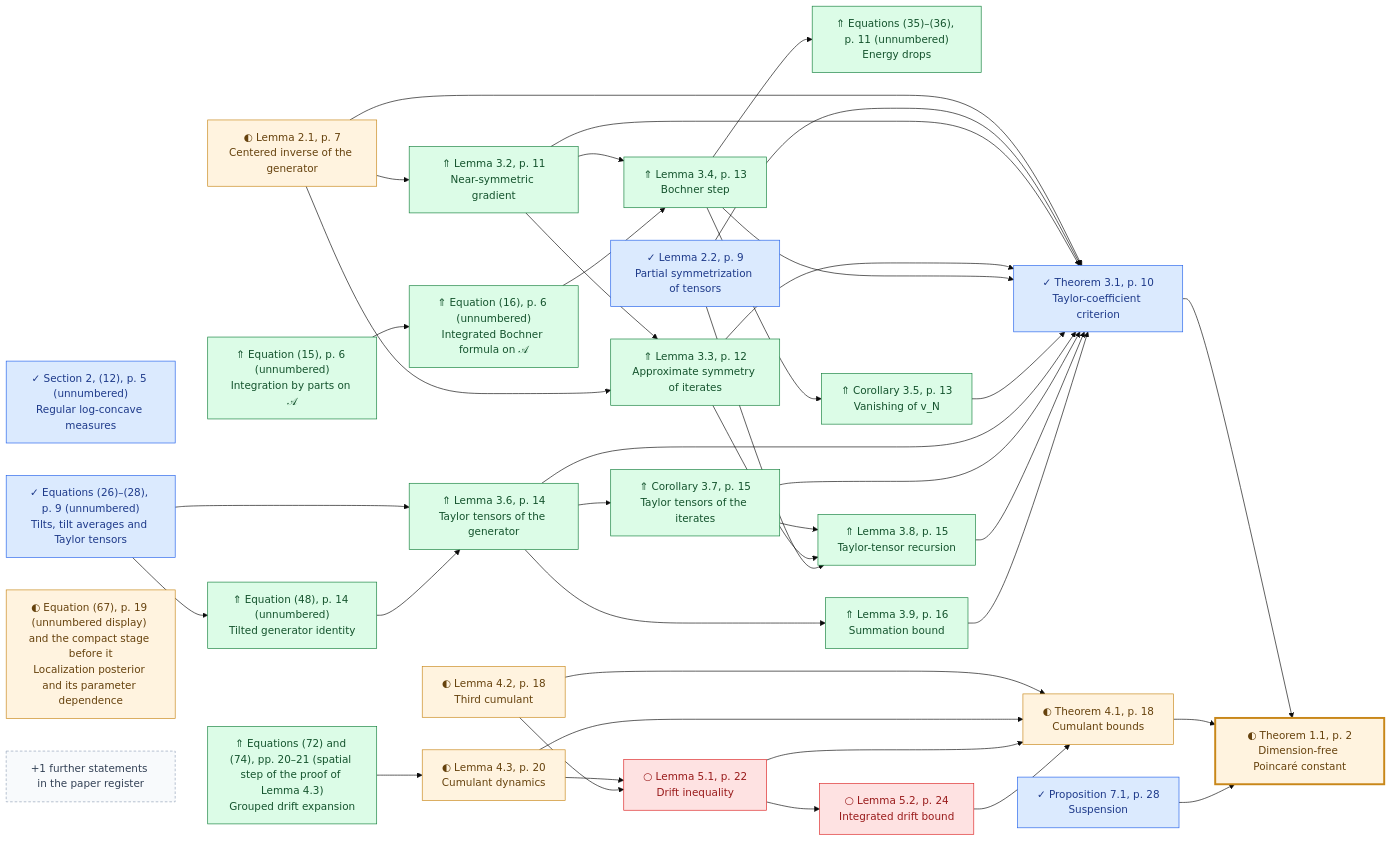
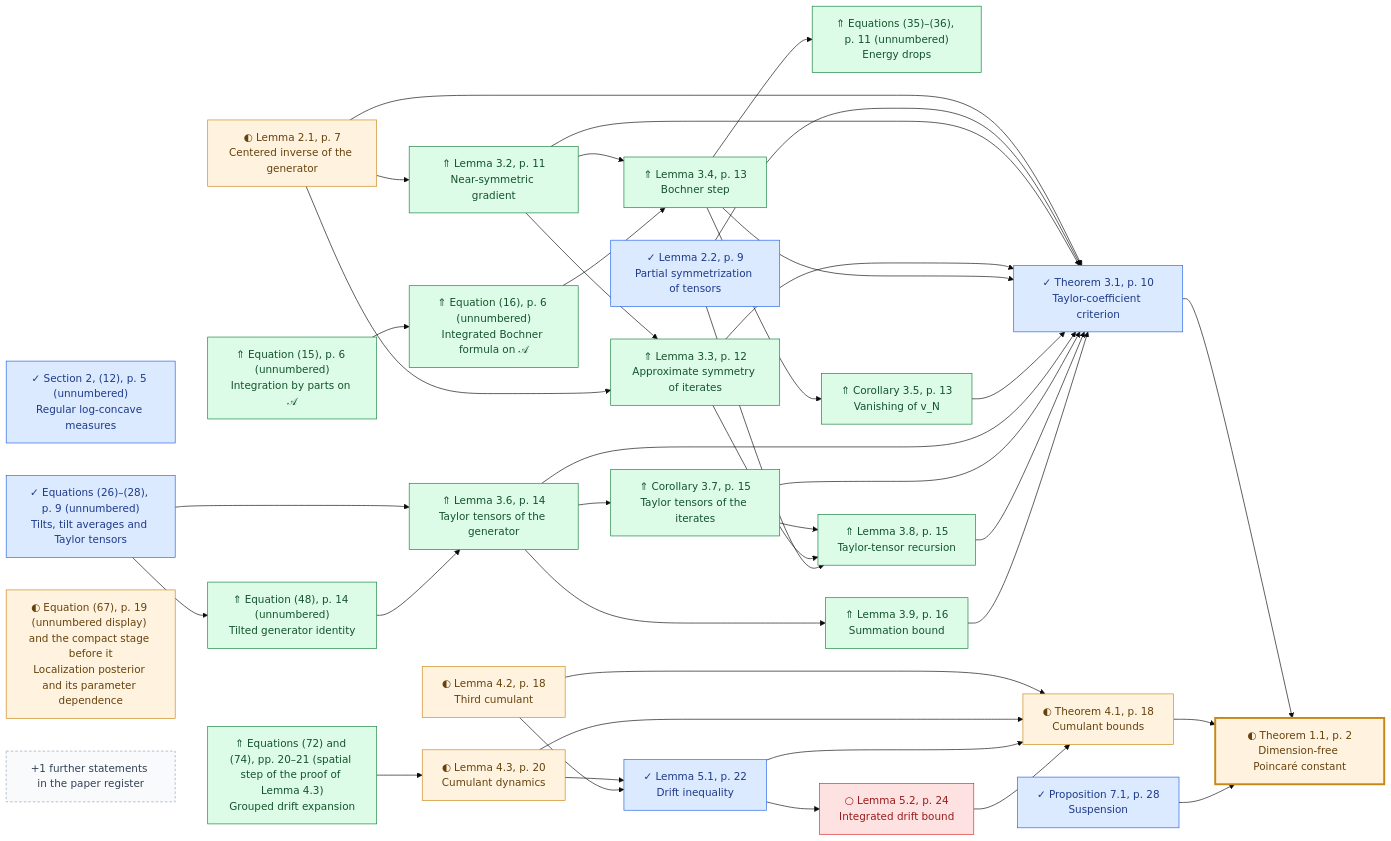
Diagram 24 of 26 in research/progress/README.md (human-ai-mathematics/kls-lean), drawn with Mermaid (base theme) before and after one commit. The commit also changed other lines of this file and 19 other files, not shown here.

````diff
--- a/research/progress/README.md
+++ b/research/progress/README.md
@@ -1236,78 +1236,78 @@
 ```mermaid
 flowchart LR
     BKL2026_T11["◐ Theorem 1.1, p. 2<br/>Dimension-free Poincaré constant"]
     BKL2026_L21["◐ Lemma 2.1, p. 7<br/>Centered inverse of the generator"]
     BKL2026_L22["✓ Lemma 2.2, p. 9<br/>Partial symmetrization of tensors"]
     BKL2026_T31["✓ Theorem 3.1, p. 10<br/>Taylor-coefficient criterion"]
     BKL2026_L32["⇑ Lemma 3.2, p. 11<br/>Near-symmetric gradient"]
     BKL2026_EQ3536["⇑ Equations (35)–(36), p. 11 (unnumbered)<br/>Energy drops"]
     BKL2026_L33["⇑ Lemma 3.3, p. 12<br/>Approximate symmetry of iterates"]
     BKL2026_L34["⇑ Lemma 3.4, p. 13<br/>Bochner step"]
     BKL2026_C35["⇑ Corollary 3.5, p. 13<br/>Vanishing of v_N"]
     BKL2026_L36["⇑ Lemma 3.6, p. 14<br/>Taylor tensors of the generator"]
     BKL2026_C37["⇑ Corollary 3.7, p. 15<br/>Taylor tensors of the iterates"]
     BKL2026_L38["⇑ Lemma 3.8, p. 15<br/>Taylor-tensor recursion"]
     BKL2026_L39["⇑ Lemma 3.9, p. 16<br/>Summation bound"]
     BKL2026_T41["◐ Theorem 4.1, p. 18<br/>Cumulant bounds"]
     BKL2026_L42["◐ Lemma 4.2, p. 18<br/>Third cumulant"]
     BKL2026_L43["◐ Lemma 4.3, p. 20<br/>Cumulant dynamics"]
     BKL2026_E7274["⇑ Equations (72) and (74), pp. 20–21 (spatial step of the proof of Lemma 4.3)<br/>Grouped drift expansion"]
-    BKL2026_L51["○ Lemma 5.1, p. 22<br/>Drift inequality"]
+    BKL2026_L51["✓ Lemma 5.1, p. 22<br/>Drift inequality"]
     BKL2026_L52["○ Lemma 5.2, p. 24<br/>Integrated drift bound"]
     BKL2026_P71["✓ Proposition 7.1, p. 28<br/>Suspension"]
     BKL2026_E12["✓ Section 2, (12), p. 5 (unnumbered)<br/>Regular log-concave measures"]
     BKL2026_E2628["✓ Equations (26)–(28), p. 9 (unnumbered)<br/>Tilts, tilt averages and Taylor tensors"]
     BKL2026_EQ15["⇑ Equation (15), p. 6 (unnumbered)<br/>Integration by parts on 𝒜"]
     BKL2026_EQ16["⇑ Equation (16), p. 6 (unnumbered)<br/>Integrated Bochner formula on 𝒜"]
     BKL2026_E48["⇑ Equation (48), p. 14 (unnumbered)<br/>Tilted generator identity"]
     BKL2026_E67["◐ Equation (67), p. 19 (unnumbered display) and the compact stage before it<br/>Localization posterior and its parameter dependence"]
     BKL2026_T31 --> BKL2026_T11
     BKL2026_T41 --> BKL2026_T11
     BKL2026_P71 --> BKL2026_T11
     BKL2026_L21 --> BKL2026_T31
     BKL2026_L22 --> BKL2026_T31
     BKL2026_L32 --> BKL2026_T31
     BKL2026_L33 --> BKL2026_T31
     BKL2026_L34 --> BKL2026_T31
     BKL2026_C35 --> BKL2026_T31
     BKL2026_L36 --> BKL2026_T31
     BKL2026_C37 --> BKL2026_T31
     BKL2026_L38 --> BKL2026_T31
     BKL2026_L39 --> BKL2026_T31
     BKL2026_L21 --> BKL2026_L32
     BKL2026_L34 --> BKL2026_EQ3536
     BKL2026_L32 --> BKL2026_L33
     BKL2026_L21 --> BKL2026_L33
     BKL2026_L32 --> BKL2026_L34
     BKL2026_EQ16 --> BKL2026_L34
     BKL2026_L34 --> BKL2026_C35
     BKL2026_E2628 --> BKL2026_L36
     BKL2026_E48 --> BKL2026_L36
     BKL2026_L36 --> BKL2026_C37
     BKL2026_C37 --> BKL2026_L38
     BKL2026_L33 --> BKL2026_L38
     BKL2026_L22 --> BKL2026_L38
     BKL2026_L36 --> BKL2026_L39
     BKL2026_L42 --> BKL2026_T41
     BKL2026_L43 --> BKL2026_T41
     BKL2026_L51 --> BKL2026_T41
     BKL2026_L52 --> BKL2026_T41
     BKL2026_E7274 --> BKL2026_L43
     BKL2026_L43 --> BKL2026_L51
     BKL2026_L42 --> BKL2026_L51
     BKL2026_L51 --> BKL2026_L52
     BKL2026_EQ15 --> BKL2026_EQ16
     BKL2026_E2628 --> BKL2026_E48
     BKL2026_more["+1 further statements in the paper register"]
     classDef lemma_formalized fill:#dbeafe,stroke:#2563eb,color:#1e3a8a;
-    class BKL2026_L22,BKL2026_T31,BKL2026_P71,BKL2026_E12,BKL2026_E2628 lemma_formalized;
+    class BKL2026_L22,BKL2026_T31,BKL2026_L51,BKL2026_P71,BKL2026_E12,BKL2026_E2628 lemma_formalized;
     classDef lemma_partial fill:#fff3df,stroke:#c88719,color:#66420d;
     class BKL2026_T11,BKL2026_L21,BKL2026_T41,BKL2026_L42,BKL2026_L43,BKL2026_E67 lemma_partial;
     classDef lemma_pending fill:#fee2e2,stroke:#dc2626,color:#991b1b;
-    class BKL2026_L51,BKL2026_L52 lemma_pending;
+    class BKL2026_L52 lemma_pending;
     classDef lemma_improved fill:#dcfce7,stroke:#15803d,color:#14532d;
     class BKL2026_L32,BKL2026_EQ3536,BKL2026_L33,BKL2026_L34,BKL2026_C35,BKL2026_L36,BKL2026_C37,BKL2026_L38,BKL2026_L39,BKL2026_E7274,BKL2026_EQ15,BKL2026_EQ16,BKL2026_E48 lemma_improved;
     style BKL2026_T11 stroke-width:3px
     classDef lemma_more fill:#f8fafc,stroke:#94a3b8,color:#334155,stroke-dasharray:4 3;
     class BKL2026_more lemma_more;
 ```
````
